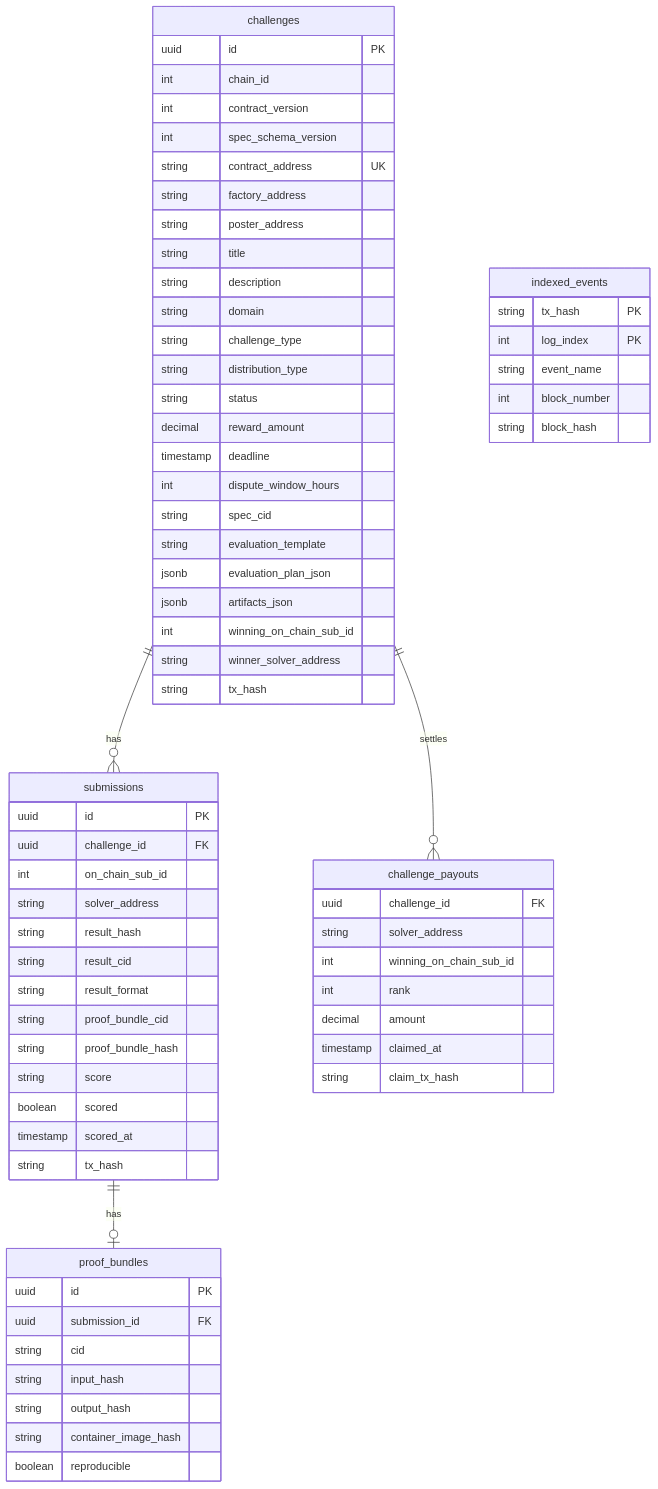
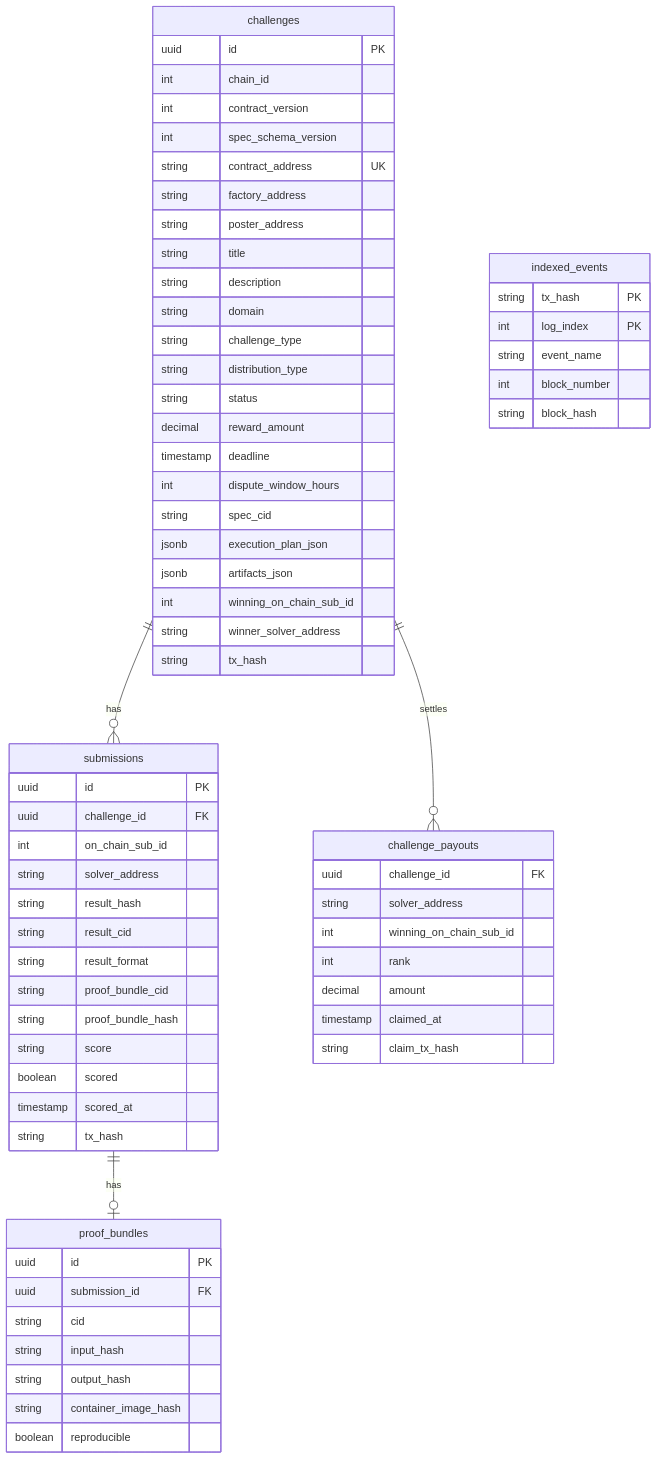
One commit to andymolecule/Hermes changed diagram 11 of 14 in docs/architecture.md. Above: the diagram before and after it, drawn with Mermaid. The commit also changed other lines of this file and 89 other files, not shown here.

````diff
--- a/docs/architecture.md
+++ b/docs/architecture.md
@@ -545,76 +545,75 @@
 ```mermaid
 erDiagram
     challenges {
         uuid id PK
         int chain_id
         int contract_version
         int spec_schema_version
         string contract_address UK
         string factory_address
         string poster_address
         string title
         string description
         string domain
         string challenge_type
         string distribution_type
         string status
         decimal reward_amount
         timestamp deadline
         int dispute_window_hours
         string spec_cid
-        string evaluation_template
-        jsonb evaluation_plan_json
+        jsonb execution_plan_json
         jsonb artifacts_json
         int winning_on_chain_sub_id
         string winner_solver_address
         string tx_hash
     }
 
     submissions {
         uuid id PK
         uuid challenge_id FK
         int on_chain_sub_id
         string solver_address
         string result_hash
         string result_cid
         string result_format
         string proof_bundle_cid
         string proof_bundle_hash
         string score
         boolean scored
         timestamp scored_at
         string tx_hash
     }
 
     proof_bundles {
         uuid id PK
         uuid submission_id FK
         string cid
         string input_hash
         string output_hash
         string container_image_hash
         boolean reproducible
     }
 
     challenge_payouts {
         uuid challenge_id FK
         string solver_address
         int winning_on_chain_sub_id
         int rank
         decimal amount
         timestamp claimed_at
         string claim_tx_hash
     }
 
     indexed_events {
         string tx_hash PK
         int log_index PK
         string event_name
         int block_number
         string block_hash
     }
 
     challenges ||--o{ submissions : has
     submissions ||--o| proof_bundles : has
     challenges ||--o{ challenge_payouts : settles
 ```
````
